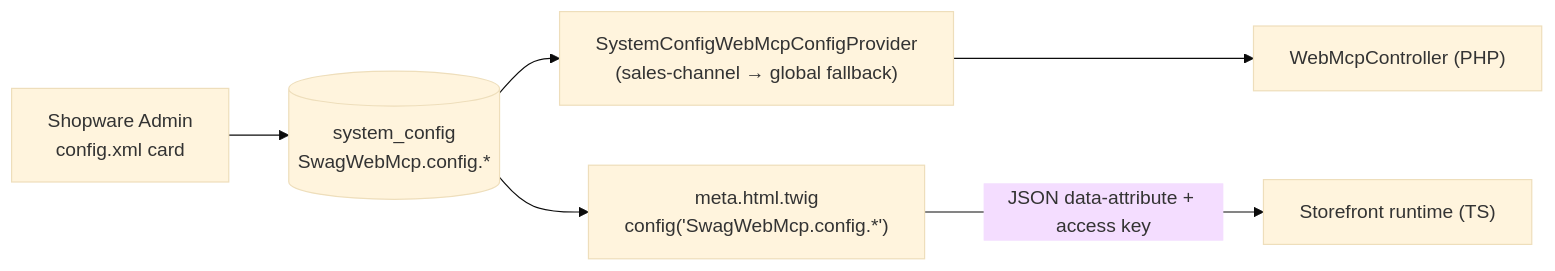
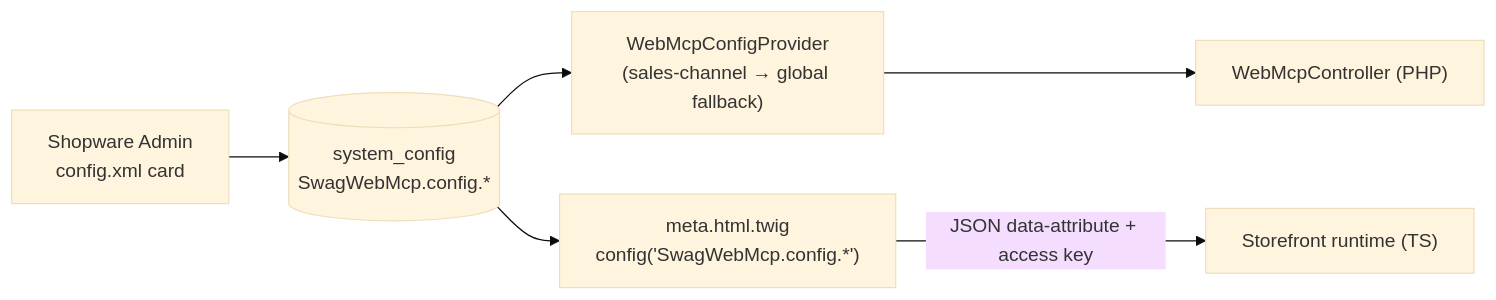
Before and after one commit to agentic-commerce-lab/webmcp-plugin: the fourth of 5 diagrams in docs/Architecture.md, drawn with Mermaid (base theme). The commit also changed other lines of this file and 19 other files, not shown here.

````diff
--- a/docs/Architecture.md
+++ b/docs/Architecture.md
@@ -238,8 +225,8 @@
 ```mermaid
 graph LR
     Admin["Shopware Admin<br/>config.xml card"] --> SC[("system_config<br/>SwagWebMcp.config.*")]
-    SC --> Provider["SystemConfigWebMcpConfigProvider<br/>(sales-channel → global fallback)"]
+    SC --> Provider["WebMcpConfigProvider<br/>(sales-channel → global fallback)"]
     Provider --> Ctrl["WebMcpController (PHP)"]
     SC --> Twig["meta.html.twig<br/>config('SwagWebMcp.config.*')"]
     Twig -->|JSON data-attribute + access key| Runtime["Storefront runtime (TS)"]
 ```
````
